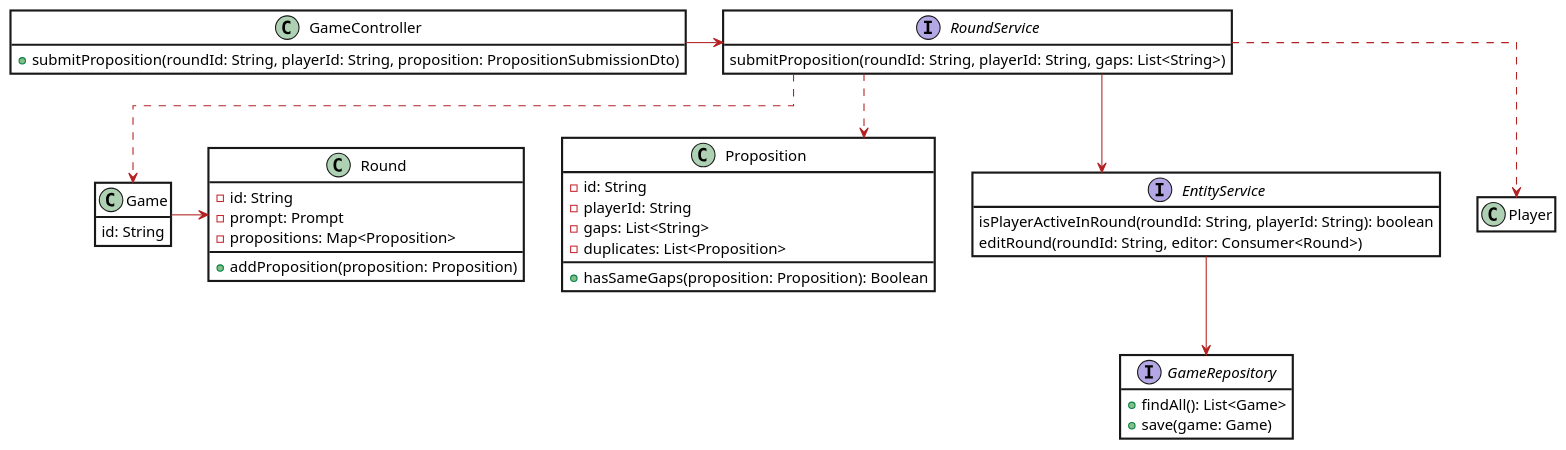
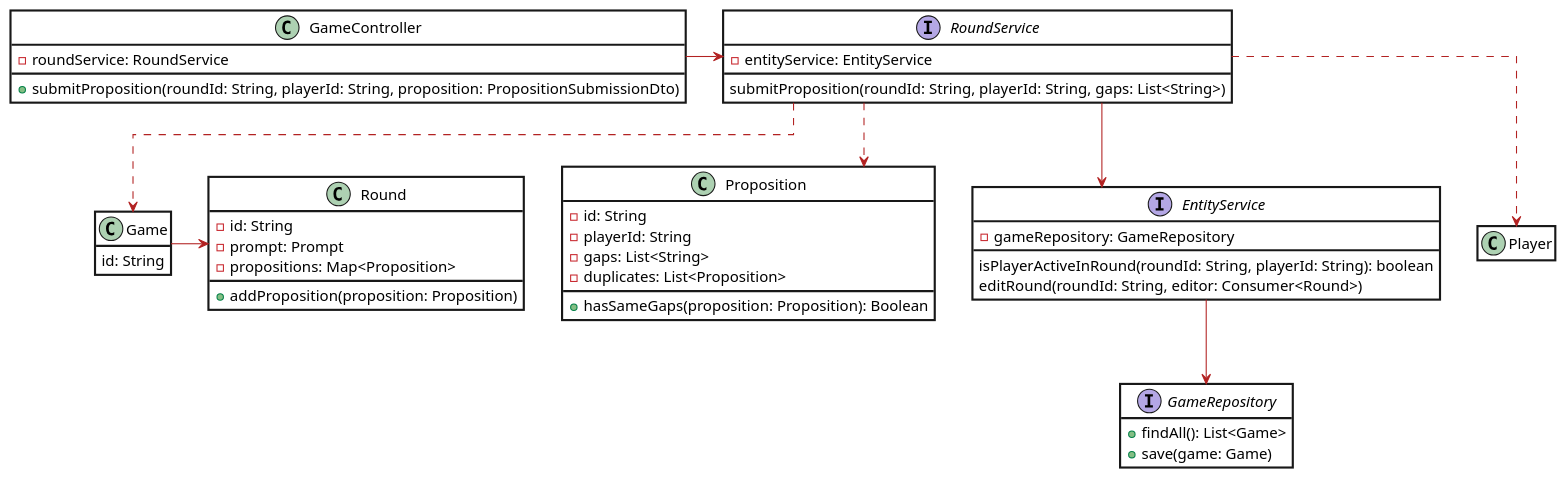
The diagram in docs/diagrams/DCD_submit_promosition.plantuml (patrickwinti/worldwidewalter), drawn with PlantUML before and after one commit. The commit also changed 8 other files, not shown here.

Commit message:
[WWW-59] leave game diagrams

```diff
--- a/docs/diagrams/DCD_submit_promosition.plantuml
+++ b/docs/diagrams/DCD_submit_promosition.plantuml
@@ -1,57 +1,60 @@
 @startuml
 skinparam class {
     BackgroundColor white
     ArrowColor Firebrick
     BorderThickness 2
 }
 skinparam Note{
     BorderColor #FFD966
     BackgroundColor #FFD966
 }
 skinparam roundcorner 0
 skinparam packagestyle Frame
 hide empty members
 skinparam linetype ortho
 
 class GameController {
+    -roundService: RoundService
     +submitProposition(roundId: String, playerId: String, proposition: PropositionSubmissionDto)
 }
 class Game {
     id: String
 }
 class Proposition{
     -id: String
     -playerId: String
     -gaps: List<String>
     -duplicates: List<Proposition>
     +hasSameGaps(proposition: Proposition): Boolean
 }
 class Round {
      -id: String
      -prompt: Prompt
      -propositions: Map<Proposition>
      +addProposition(proposition: Proposition)
 }
 interface RoundService{
+    -entityService: EntityService
     submitProposition(roundId: String, playerId: String, gaps: List<String>)
 }
 interface EntityService{
+   -gameRepository: GameRepository
     isPlayerActiveInRound(roundId: String, playerId: String): boolean
     editRound(roundId: String, editor: Consumer<Round>)
 }
 interface GameRepository {
     +findAll(): List<Game>
     +save(game: Game)
 }
 
 GameController -> RoundService
 
 RoundService ..> Game
 RoundService ..> Player
 RoundService ..> Proposition
 RoundService --> EntityService
 
 EntityService --> GameRepository
 
 Game -> Round
 @enduml
```
